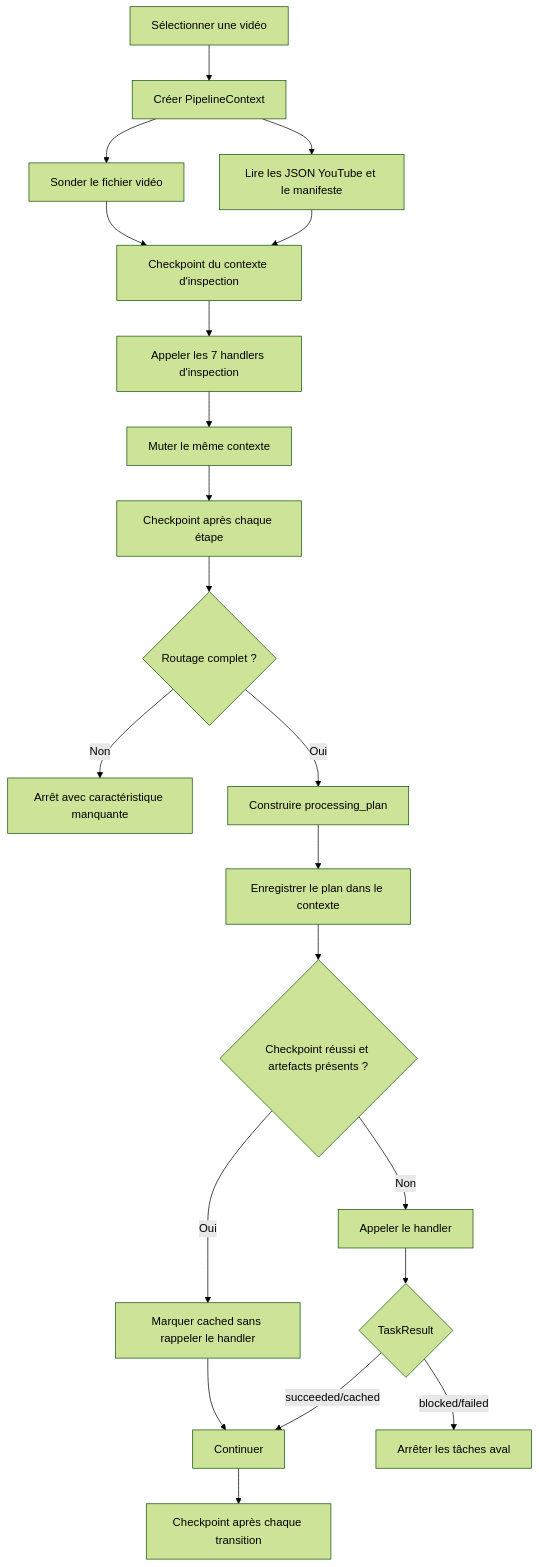
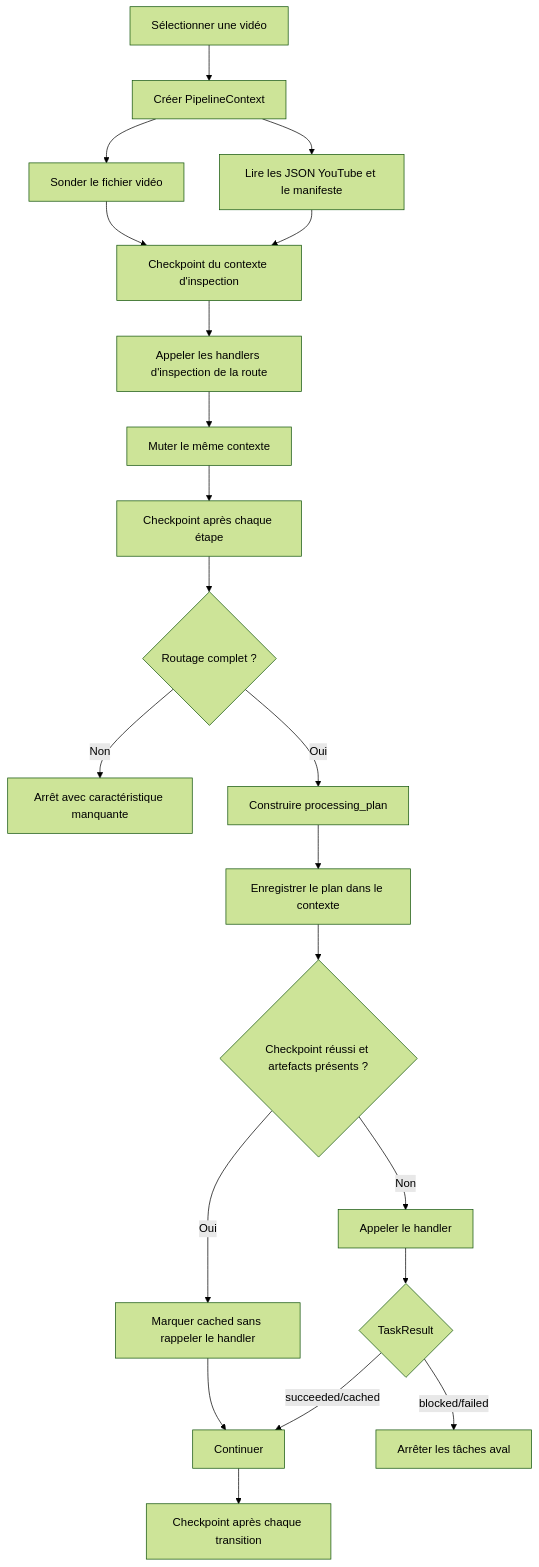
One commit to tangmomb/rag_ionis changed the diagram in README.md. Above: the diagram before and after it, drawn with Mermaid (forest theme). The commit also changed other lines of this file and 38 other files, not shown here.

````diff
--- a/README.md
+++ b/README.md
@@ -138,23 +138,23 @@
 ```mermaid
 flowchart TD
     A["Sélectionner une vidéo"] --> B["Créer PipelineContext"]
     B --> C["Sonder le fichier vidéo"]
     B --> D["Lire les JSON YouTube et le manifeste"]
     C --> E["Checkpoint du contexte d'inspection"]
     D --> E
-    E --> F["Appeler les 7 handlers d'inspection"]
+    E --> F["Appeler les handlers d'inspection de la route"]
     F --> G["Muter le même contexte"]
     G --> H["Checkpoint après chaque étape"]
     H --> I{"Routage complet ?"}
     I -- Non --> J["Arrêt avec caractéristique manquante"]
     I -- Oui --> K["Construire processing_plan"]
     K --> L["Enregistrer le plan dans le contexte"]
     L --> M{"Checkpoint réussi et artefacts présents ?"}
     M -- Oui --> N["Marquer cached sans rappeler le handler"]
     M -- Non --> O["Appeler le handler"]
     O --> P{"TaskResult"}
     P -- succeeded/cached --> Q["Continuer"]
     P -- blocked/failed --> R["Arrêter les tâches aval"]
     N --> Q
     Q --> S["Checkpoint après chaque transition"]
 ```
````
